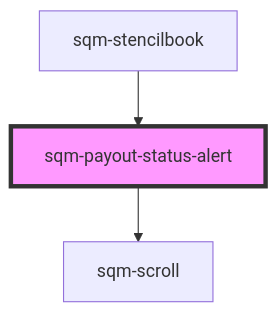
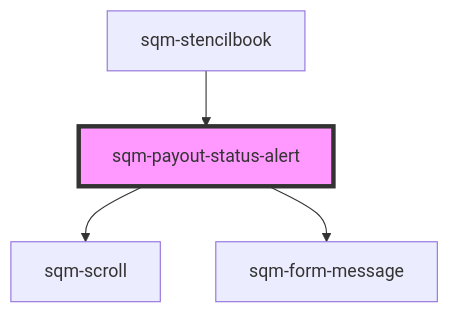
The diagram in packages/mint-components/src/components/tax-and-cash/sqm-payout-status-alert/readme.md (saasquatch/program-tools), drawn with Mermaid before and after one commit. The commit also changed other lines of this file and 11 other files, not shown here.

````diff
--- a/packages/mint-components/src/components/tax-and-cash/sqm-payout-status-alert/readme.md
+++ b/packages/mint-components/src/components/tax-and-cash/sqm-payout-status-alert/readme.md
@@ -44,6 +45,7 @@
 ```mermaid
 graph TD;
   sqm-payout-status-alert --> sqm-scroll
+  sqm-payout-status-alert --> sqm-form-message
   sqm-stencilbook --> sqm-payout-status-alert
   style sqm-payout-status-alert fill:#f9f,stroke:#333,stroke-width:4px
 ```
````
